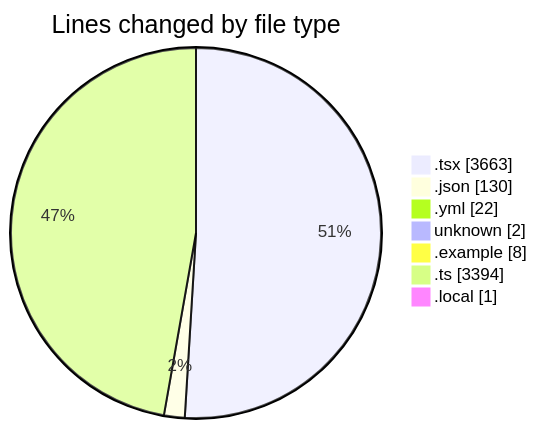
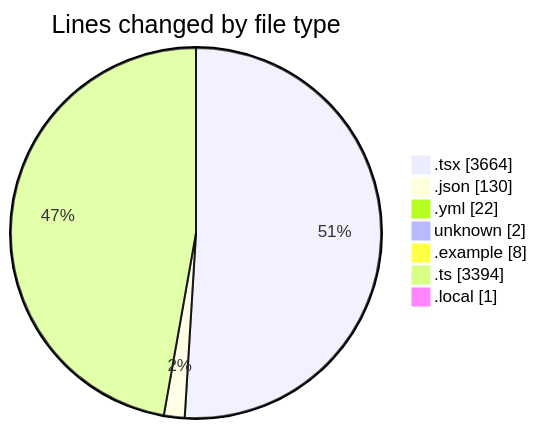
One commit to julien-gomy/code-tracking changed the first of 2 diagrams in 2025-11-21/eventscop-frontend-guide__workspace_/README.md. Above: the diagram before and after it, drawn with Mermaid. The commit also changed other lines of this file and 1 other file, not shown here.

````diff
--- a/2025-11-21/eventscop-frontend-guide__workspace_/README.md
+++ b/2025-11-21/eventscop-frontend-guide__workspace_/README.md
@@ -66,11 +66,11 @@
 ```mermaid
 pie showData
 title Lines changed by file type
-".tsx" : 3663
+".tsx" : 3664
 ".json" : 130
 ".yml" : 22
 "unknown" : 2
 ".example" : 8
 ".ts" : 3394
 ".local" : 1
 ```
````
